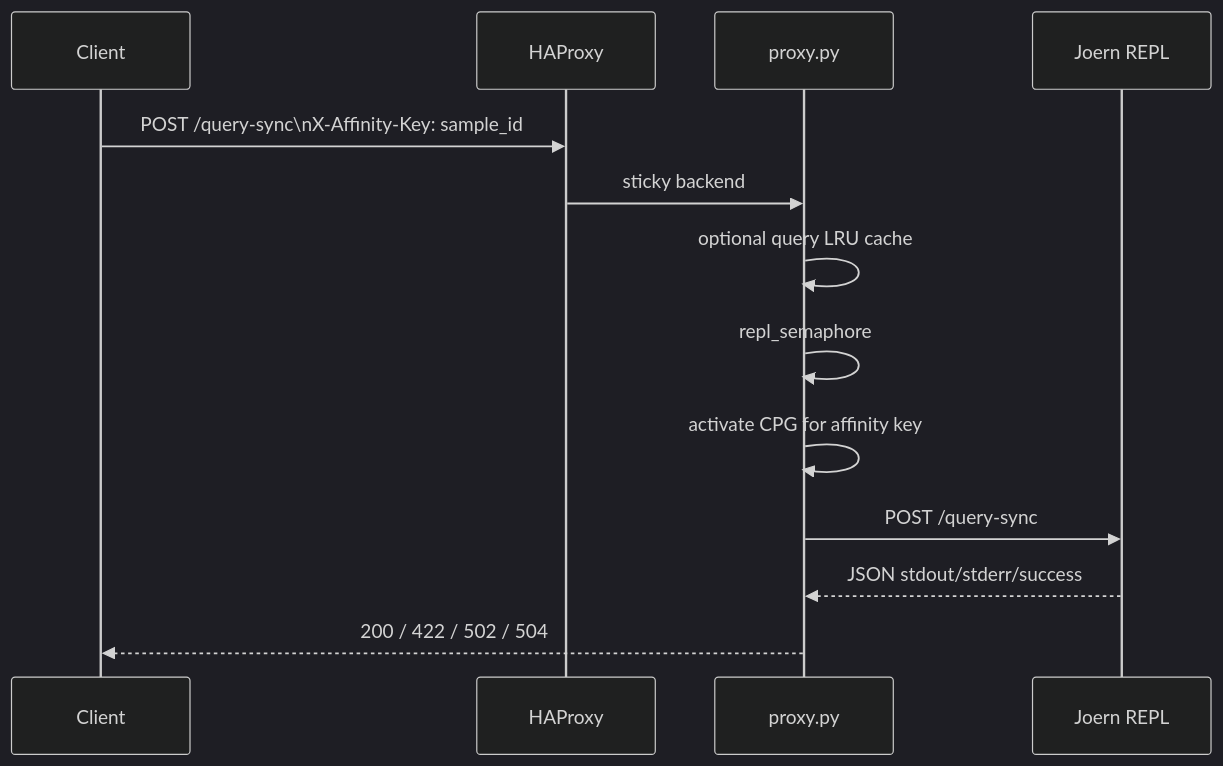
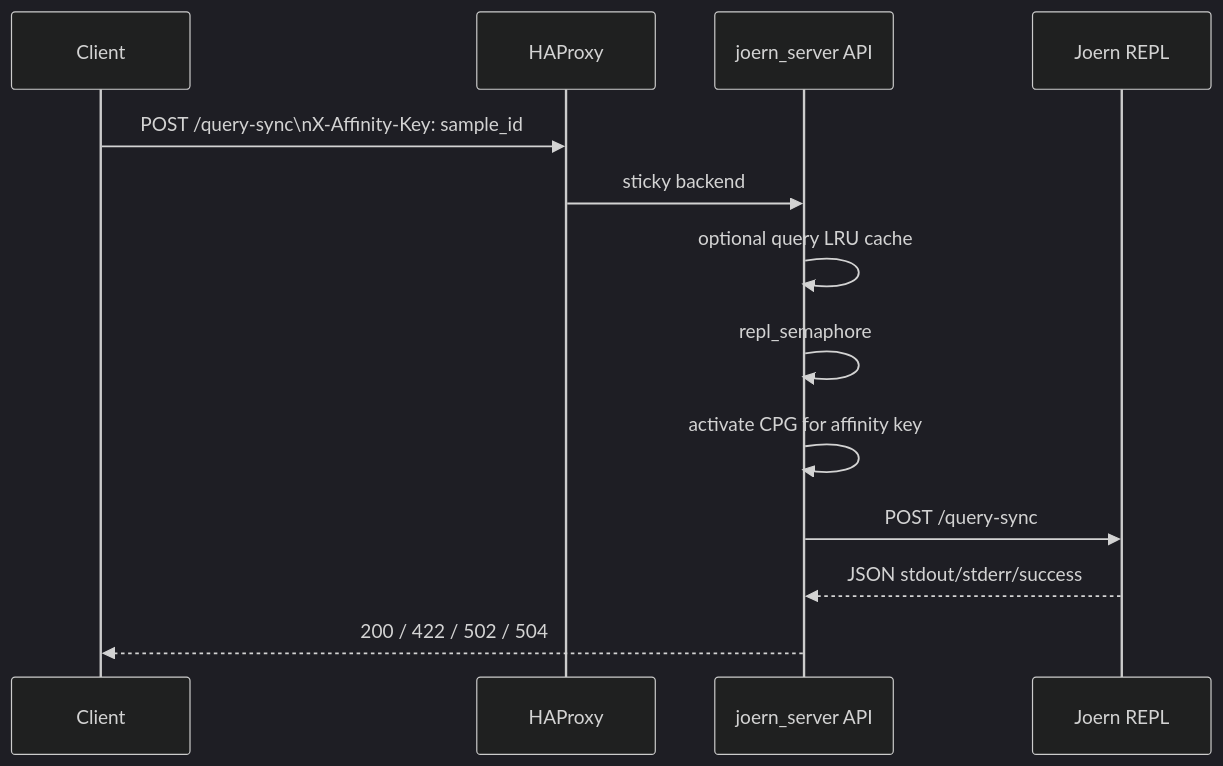
One commit to nmd2k/joern-server changed the second of 2 diagrams in docs/ARCHITECTURE.md. Above: the diagram before and after it, drawn with Mermaid (dark theme). The commit also changed other lines of this file and 76 other files, not shown here.

First line of the commit message:
refactor(sprint10): modularize proxy.py into FastAPI application

````diff
--- a/docs/ARCHITECTURE.md
+++ b/docs/ARCHITECTURE.md
@@ -69,16 +69,16 @@
 ```mermaid
 sequenceDiagram
   participant C as Client
   participant H as HAProxy
-  participant P as proxy.py
+  participant P as joern_server API
   participant J as Joern REPL
 
   C->>H: POST /query-sync\nX-Affinity-Key: sample_id
   H->>P: sticky backend
   P->>P: optional query LRU cache
   P->>P: repl_semaphore
   P->>P: activate CPG for affinity key
   P->>J: POST /query-sync
   J-->>P: JSON stdout/stderr/success
   P-->>C: 200 / 422 / 502 / 504
 ```
````
